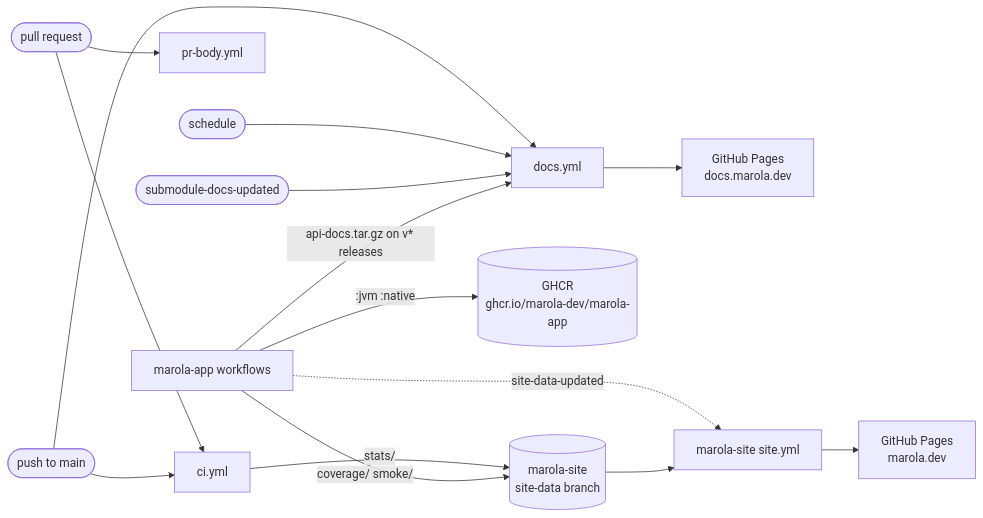
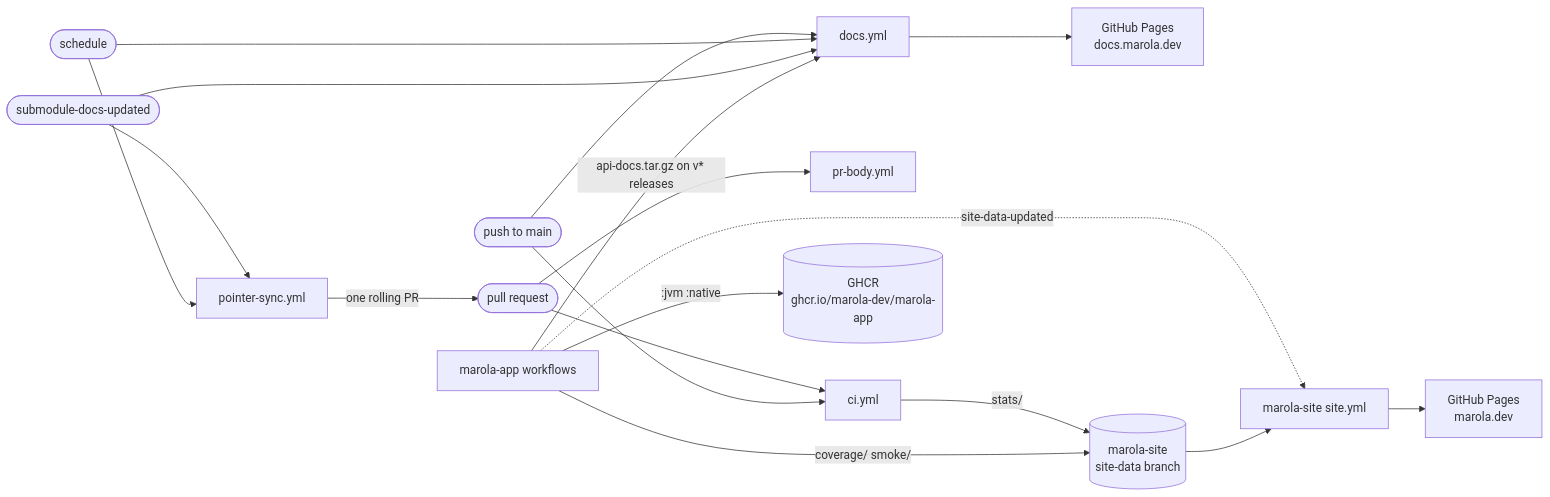
One commit to marola-dev/marola changed the first of 2 diagrams in docs/3-Working-on-the-repo/CI-CD.md. Above: the diagram before and after it, drawn with Mermaid. The commit also changed other lines of this file and 4 other files, not shown here.

First line of the commit message:
feat(ci): pointer-sync, one rolling PR that moves the submodule pointers

````diff
--- a/docs/3-Working-on-the-repo/CI-CD.md
+++ b/docs/3-Working-on-the-repo/CI-CD.md
@@ -14,17 +14,20 @@
 ```mermaid
 flowchart LR
   pr([pull request]) --> ci[ci.yml]
   pr --> body[pr-body.yml]
   main([push to main]) --> ci
   main --> docs[docs.yml]
   cron([schedule]) --> docs
   sub([submodule-docs-updated]) --> docs
+  sub --> sync[pointer-sync.yml]
+  cron --> sync
+  sync -- "one rolling PR" --> pr
   app[marola-app workflows] -- ":jvm :native" --> ghcr[(GHCR<br/>ghcr.io/marola-dev/marola-app)]
   app -- "api-docs.tar.gz on v* releases" --> docs
   docs --> dpages[GitHub Pages<br/>docs.marola.dev]
   ci -- "stats/" --> sd[(marola-site<br/>site-data branch)]
   app -- "coverage/ smoke/" --> sd
   app -. site-data-updated .-> site[marola-site site.yml]
   sd --> site
   site --> pages[GitHub Pages<br/>marola.dev]
 ```
````
